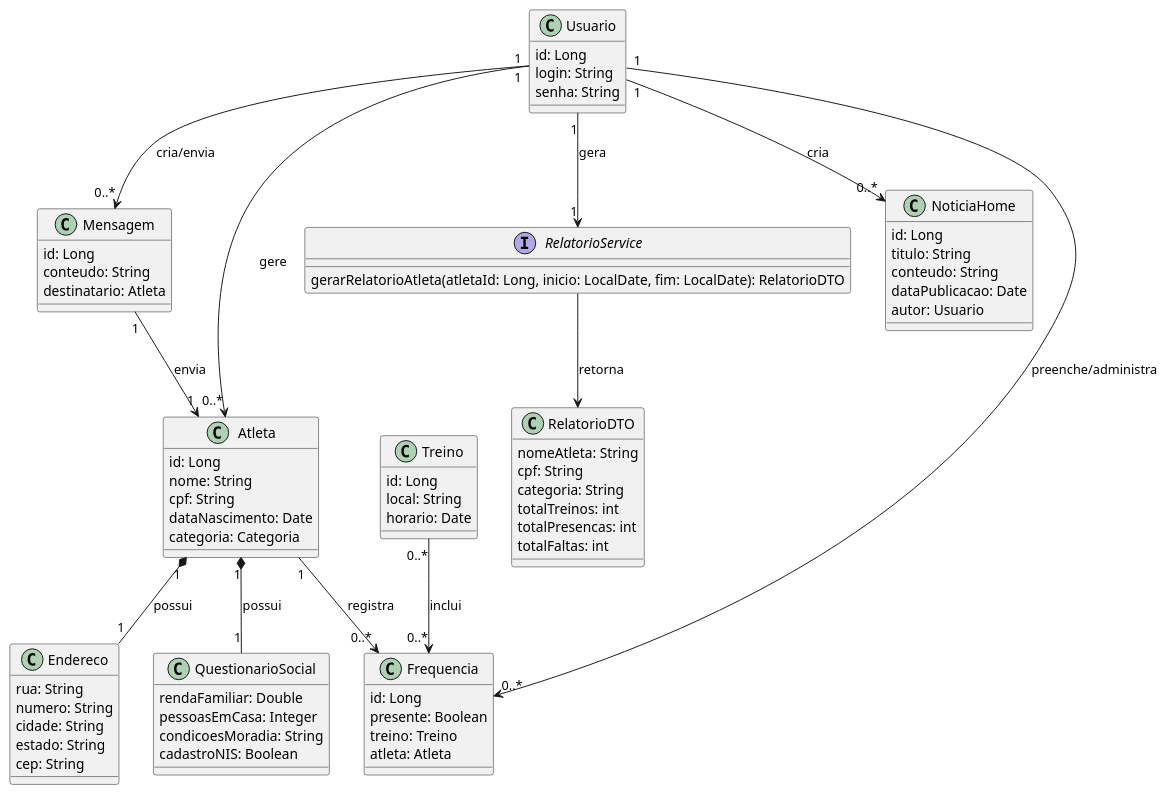
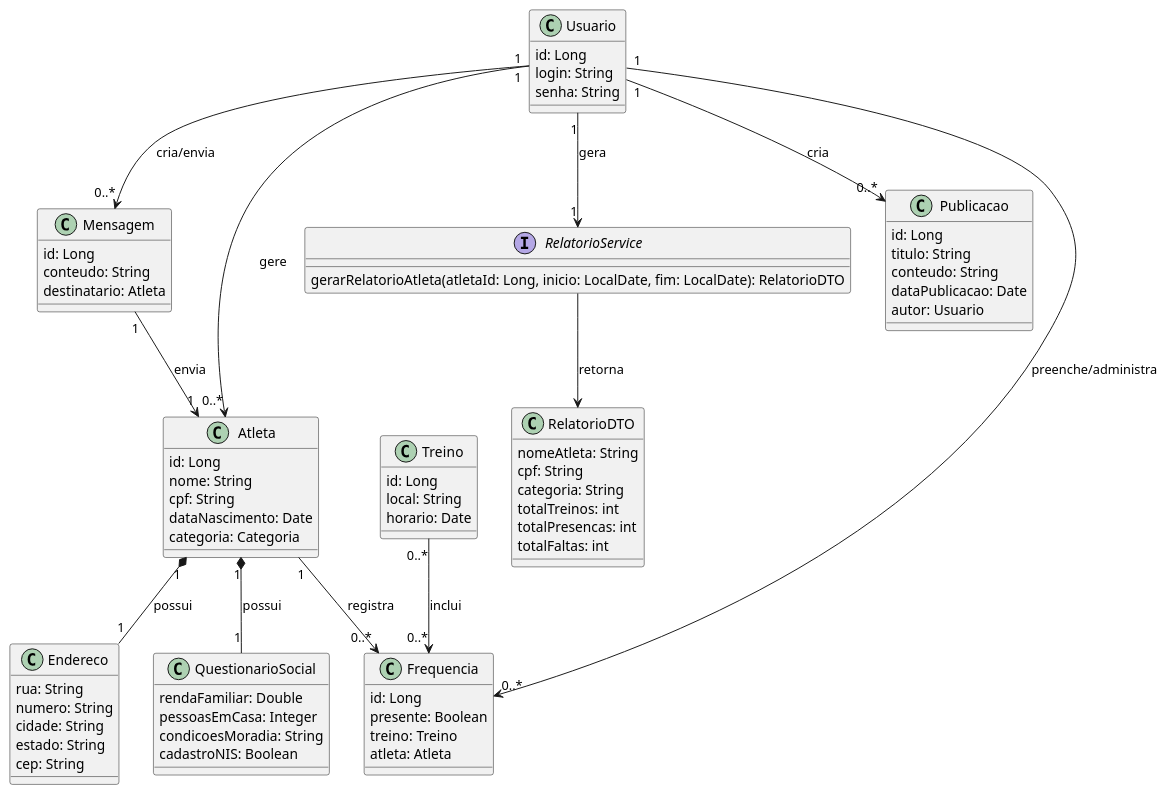
One commit to danielmariae/handmaxx changed the diagram in handmaxx/src/main/resources/docs/diagrama.plantuml. Above: the diagram before and after it, drawn with PlantUML. The commit also changed 18 other files, not shown here.

Commit message:
Impl imagem na HomePage Publicacao

```diff
--- a/handmaxx/src/main/resources/docs/diagrama.plantuml
+++ b/handmaxx/src/main/resources/docs/diagrama.plantuml
@@ -1,94 +1,94 @@
 @startuml SistemaDeGestaoAtletas
 
 ' Definição das classes principais
 
 class Usuario {
     id: Long
     login: String
     senha: String
 }
 
 class Atleta {
     id: Long
     nome: String
     cpf: String
     dataNascimento: Date
     categoria: Categoria
 }
 
 class Endereco {
     rua: String
     numero: String
     cidade: String
     estado: String
     cep: String
 }
 
 class QuestionarioSocial {
     rendaFamiliar: Double
     pessoasEmCasa: Integer
     condicoesMoradia: String
     cadastroNIS: Boolean
 }
 
 class Treino {
     id: Long
     local: String
     horario: Date
 }
 
 class Frequencia {
     id: Long
     presente: Boolean
     treino: Treino
     atleta: Atleta
 }
 
 class Mensagem {
     id: Long
     conteudo: String
     destinatario: Atleta
 }
 
-class NoticiaHome {
+class Publicacao{
     id: Long
     titulo: String
     conteudo: String
     dataPublicacao: Date
     autor: Usuario
 }
 
 interface RelatorioService {
     gerarRelatorioAtleta(atletaId: Long, inicio: LocalDate, fim: LocalDate): RelatorioDTO
 }
 
 class RelatorioDTO {
     nomeAtleta: String
     cpf: String
     categoria: String
     totalTreinos: int
     totalPresencas: int
     totalFaltas: int
 }
 
 ' Relações principais
 
 Usuario "1" --> "0..*" Atleta : gere
 Atleta "1" *-- "1" Endereco : possui
 Atleta "1" *-- "1" QuestionarioSocial : possui
 
 Atleta "1" --> "0..*" Frequencia : registra
 Treino "0..*" --> "0..*" Frequencia : inclui
 
 Usuario "1" --> "0..*" Frequencia : preenche/administra
-Usuario "1" --> "0..*" NoticiaHome : cria
+Usuario "1" --> "0..*" Publicacao : cria
 
 Mensagem "1" --> "1" Atleta : envia
 Usuario "1" --> "0..*" Mensagem : cria/envia
 
 ' Relacionamento para Relatório
 
 Usuario "1" --> "1" RelatorioService : gera
 RelatorioService --> RelatorioDTO : retorna
 
 @enduml
```
